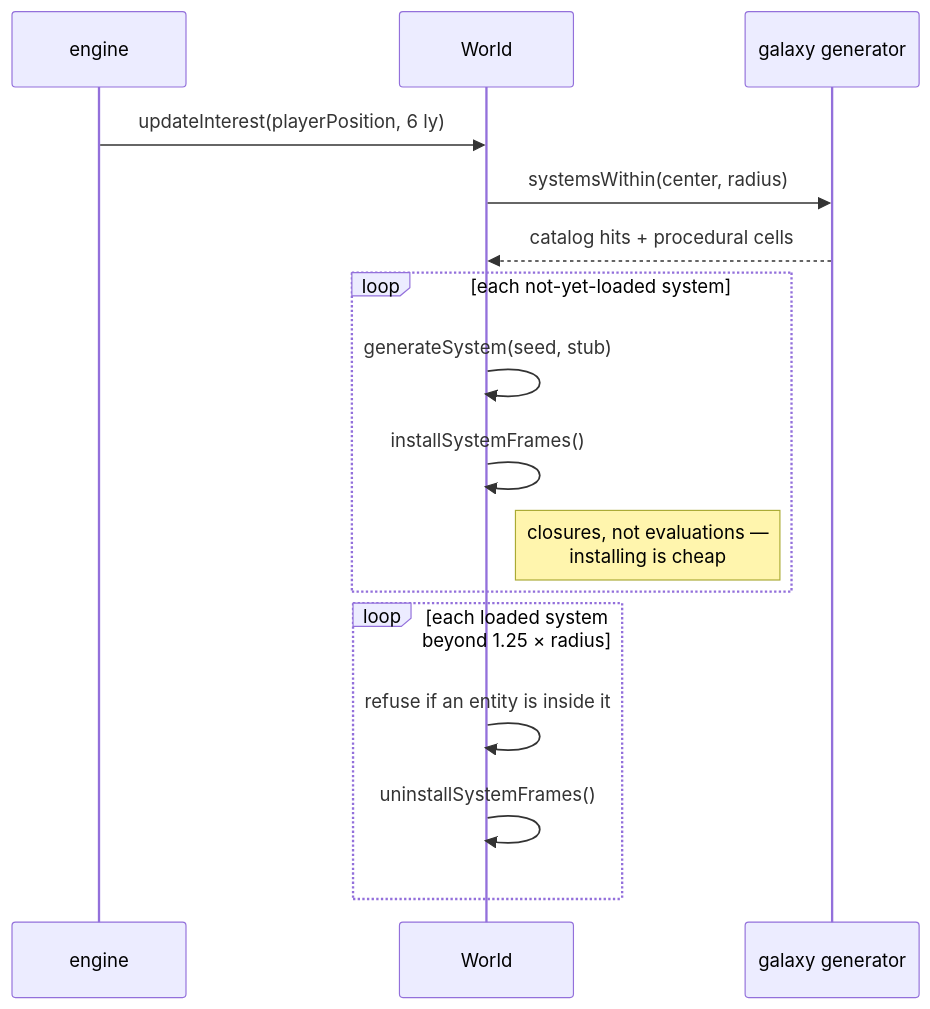
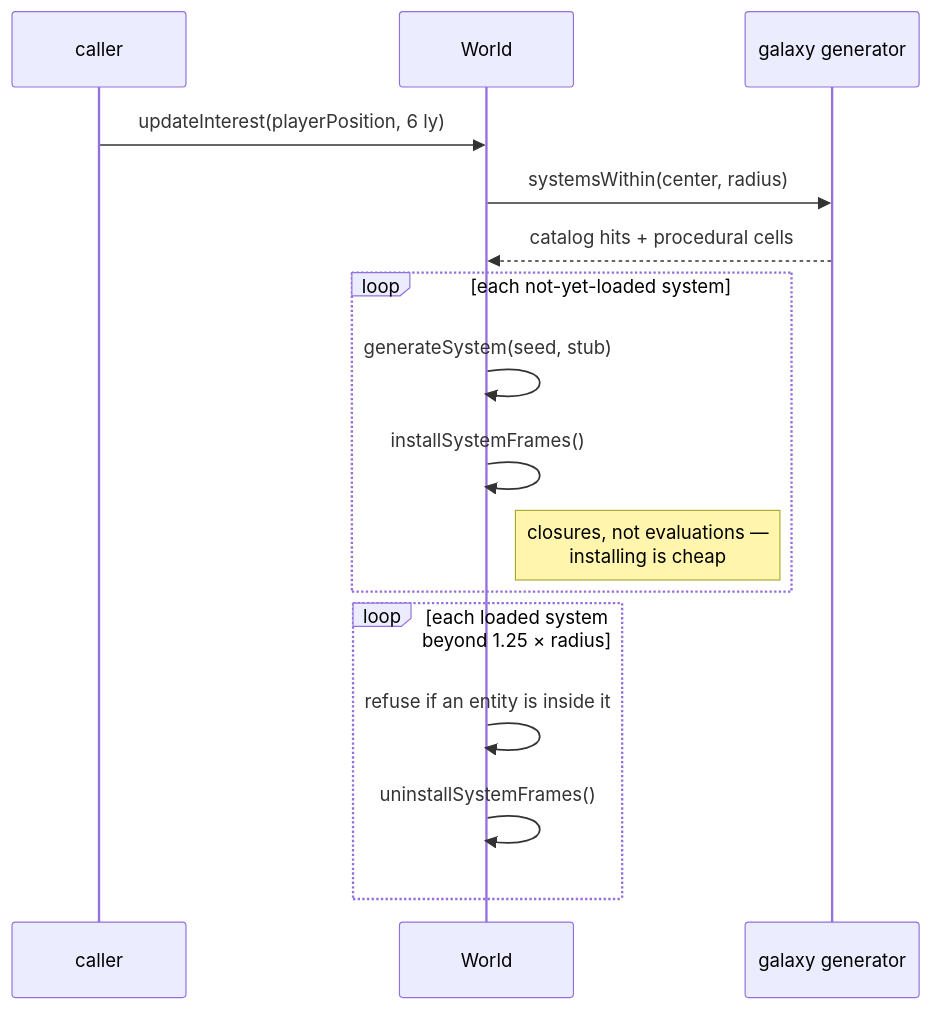
The second of 3 diagrams in docs/concepts/streaming.md (jonjaques/inertialref), drawn with Mermaid before and after one commit. The commit also changed other lines of this file and 53 other files, not shown here.

````diff
--- a/docs/concepts/streaming.md
+++ b/docs/concepts/streaming.md
@@ -45,19 +51,19 @@
 ```mermaid
 sequenceDiagram
-    participant E as engine
+    participant E as caller
     participant W as World
     participant G as galaxy generator
 
     E->>W: updateInterest(playerPosition, 6 ly)
     W->>G: systemsWithin(center, radius)
     G-->>W: catalog hits + procedural cells
     loop each not-yet-loaded system
         W->>W: generateSystem(seed, stub)
         W->>W: installSystemFrames()
         Note right of W: closures, not evaluations —<br/>installing is cheap
     end
     loop each loaded system beyond 1.25 × radius
         W->>W: refuse if an entity is inside it
         W->>W: uninstallSystemFrames()
     end
 ```
````
